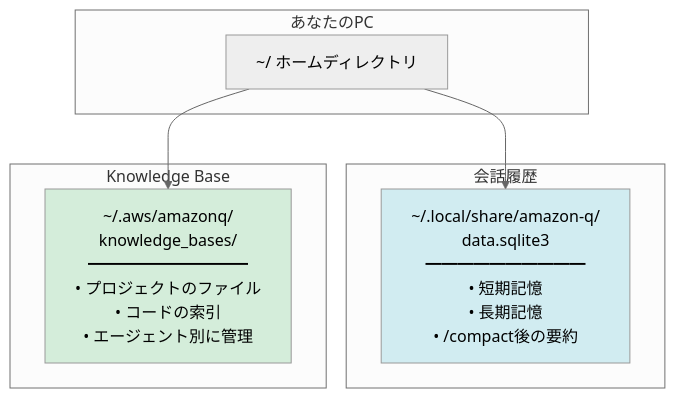
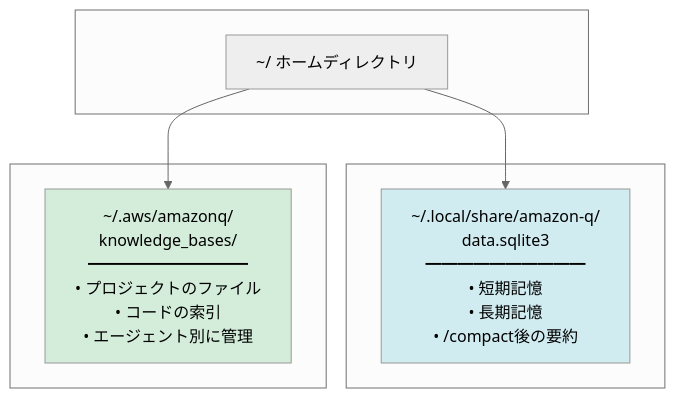
The sixth of 6 diagrams in docs/01_for-users/08_guides/09_memory-management.md (kamogashira-sys/q-cli-docs), drawn with Mermaid (neutral theme) before and after one commit. The commit also changed other lines of this file, not shown here.

First line of the commit message:
fix: correct Mermaid diagram syntax in memory management guide

````diff
--- a/docs/01_for-users/08_guides/09_memory-management.md
+++ b/docs/01_for-users/08_guides/09_memory-management.md
@@ -263,20 +263,20 @@
 ```mermaid
 graph TB
-    subgraph "あなたのPC"
+    subgraph yourpc[" "]
         Home[~/ ホームディレクトリ]
     end
     
-    subgraph "会話履歴"
+    subgraph conversation[" "]
         DB[~/.local/share/amazon-q/<br/>data.sqlite3<br/>━━━━━━━━━━<br/>• 短期記憶<br/>• 長期記憶<br/>• /compact後の要約]
     end
     
-    subgraph "Knowledge Base"
+    subgraph knowledge[" "]
         KB[~/.aws/amazonq/<br/>knowledge_bases/<br/>━━━━━━━━━━<br/>• プロジェクトのファイル<br/>• コードの索引<br/>• エージェント別に管理]
     end
     
     Home --> DB
     Home --> KB
     
     style DB fill:#d1ecf1
     style KB fill:#d4edda
 ```
````
